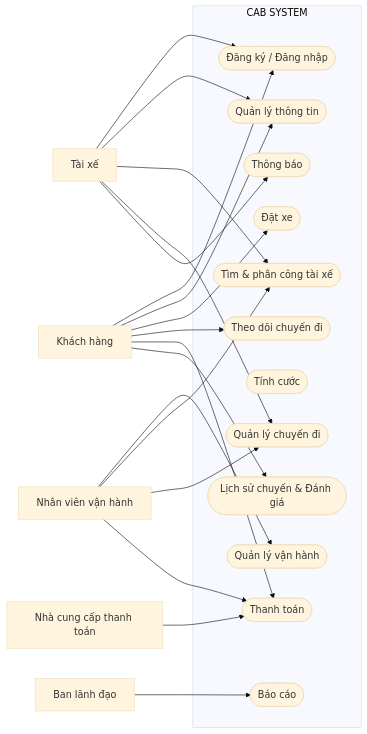
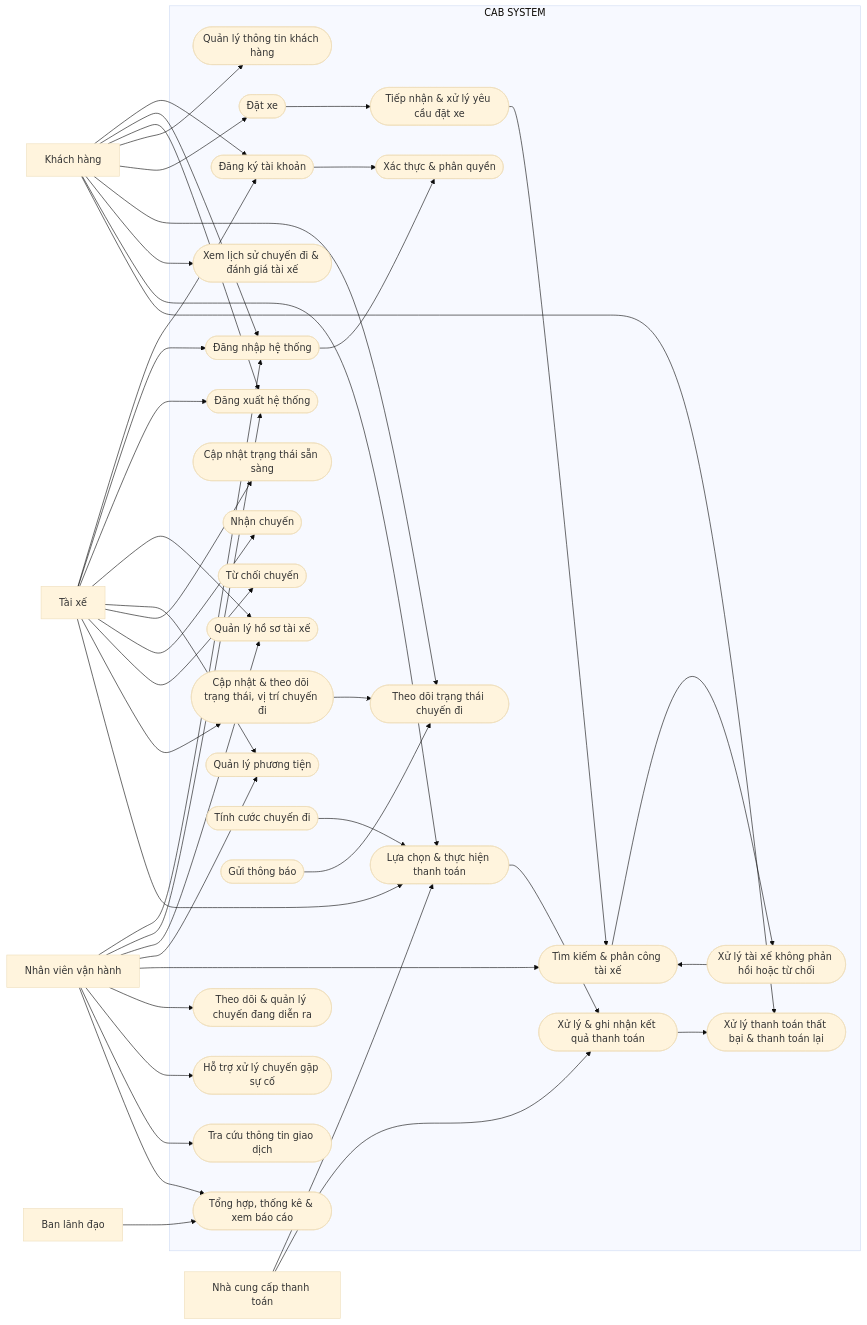
Before and after one commit to VoNgan13579/23642711_VoThiTuyetNgan_CABSYSTEM: the second of 20 diagrams in README.md, drawn with Mermaid (base theme). The commit also changed other lines of this file, not shown here.

````diff
--- a/README.md
+++ b/README.md
@@ -205,4 +216,4 @@
-``` mermaid
+```mermaid
 flowchart LR
     KH["Khách hàng"]
     TX["Tài xế"]
@@ -211,39 +222,86 @@
     TT["Nhà cung cấp thanh toán"]
 
     subgraph CAB["CAB SYSTEM"]
-        UC1(["Đăng ký / Đăng nhập"])
-        UC2(["Quản lý thông tin"])
-        UC3(["Đặt xe"])
-        UC4(["Tìm & phân công tài xế"])
-        UC5(["Theo dõi chuyến đi"])
-        UC6(["Quản lý chuyến đi"])
-        UC7(["Tính cước"])
-        UC8(["Thanh toán"])
-        UC9(["Thông báo"])
-        UC10(["Lịch sử chuyến & Đánh giá"])
-        UC11(["Quản lý vận hành"])
-        UC12(["Báo cáo"])
+        UC1(["Đăng ký tài khoản"])
+        UC2(["Đăng nhập hệ thống"])
+        UC3(["Đăng xuất hệ thống"])
+        UC4(["Xác thực & phân quyền"])
+
+        UC5(["Quản lý thông tin khách hàng"])
+        UC6(["Đặt xe"])
+        UC7(["Theo dõi trạng thái chuyến đi"])
+        UC8(["Xem lịch sử chuyến đi & đánh giá tài xế"])
+
+        UC9(["Quản lý hồ sơ tài xế"])
+        UC10(["Quản lý phương tiện"])
+        UC11(["Cập nhật trạng thái sẵn sàng"])
+        UC12(["Nhận chuyến"])
+        UC13(["Từ chối chuyến"])
+
+        UC14(["Tiếp nhận & xử lý yêu cầu đặt xe"])
+        UC15(["Tìm kiếm & phân công tài xế"])
+        UC16(["Xử lý tài xế không phản hồi hoặc từ chối"])
+        UC17(["Cập nhật & theo dõi trạng thái, vị trí chuyến đi"])
+
+        UC18(["Theo dõi & quản lý chuyến đang diễn ra"])
+        UC19(["Hỗ trợ xử lý chuyến gặp sự cố"])
+        UC20(["Tra cứu thông tin giao dịch"])
+
+        UC21(["Tính cước chuyến đi"])
+        UC22(["Lựa chọn & thực hiện thanh toán"])
+        UC23(["Xử lý & ghi nhận kết quả thanh toán"])
+        UC24(["Xử lý thanh toán thất bại & thanh toán lại"])
+
+        UC25(["Gửi thông báo"])
+
+        UC26(["Tổng hợp, thống kê & xem báo cáo"])
     end
 
     KH --> UC1
     KH --> UC2
     KH --> UC3
     KH --> UC5
+    KH --> UC6
+    KH --> UC7
     KH --> UC8
-    KH --> UC10
+    KH --> UC22
+    KH --> UC24
 
     TX --> UC1
     TX --> UC2
-    TX --> UC4
-    TX --> UC6
+    TX --> UC3
     TX --> UC9
+    TX --> UC10
+    TX --> UC11
+    TX --> UC12
+    TX --> UC13
+    TX --> UC17
+    TX --> UC22
 
-    NV --> UC11
-    NV --> UC4
-    NV --> UC6
-    NV --> UC8
+    NV --> UC2
+    NV --> UC3
+    NV --> UC9
+    NV --> UC10
+    NV --> UC15
+    NV --> UC18
+    NV --> UC19
+    NV --> UC20
+    NV --> UC26
 
-    LD --> UC12
+    LD --> UC26
 
-    TT --> UC8
+    TT --> UC22
+    TT --> UC23
+
+    UC1 --> UC4
+    UC2 --> UC4
+    UC6 --> UC14
+    UC14 --> UC15
+    UC15 --> UC16
+    UC16 --> UC15
+    UC17 --> UC7
+    UC21 --> UC22
+    UC22 --> UC23
+    UC23 --> UC24
+    UC25 --> UC7
 ```
````
